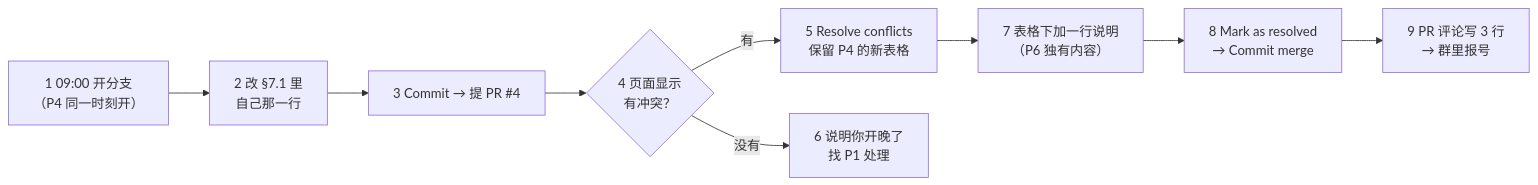
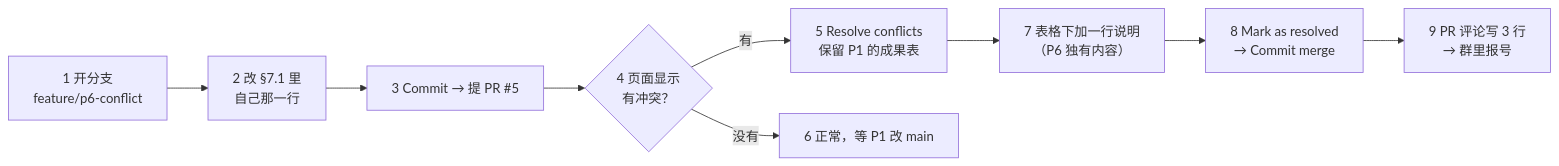
One commit to NULLFALSE-tech/Algorithm-graph changed the diagram in docs/组员任务卡_2026-11-21/P6_焦名远_任务卡.md. Above: the diagram before and after it, drawn with Mermaid. The commit also changed other lines of this file, not shown here.

````diff
--- a/docs/组员任务卡_2026-11-21/P6_焦名远_任务卡.md
+++ b/docs/组员任务卡_2026-11-21/P6_焦名远_任务卡.md
@@ -17,11 +17,11 @@
 ```mermaid
 flowchart LR
-    A["1 09:00 开分支<br/>（P4 同一时刻开）"] --> B["2 改 §7.1 里<br/>自己那一行"]
-    B --> C["3 Commit → 提 PR #4"]
+    A["1 开分支<br/>feature/p6-conflict"] --> B["2 改 §7.1 里<br/>自己那一行"]
+    B --> C["3 Commit → 提 PR #5"]
     C --> D{"4 页面显示<br/>有冲突？"}
-    D -->|有| E["5 Resolve conflicts<br/>保留 P4 的新表格"]
-    D -->|没有| F["6 说明你开晚了<br/>找 P1 处理"]
+    D -->|有| E["5 Resolve conflicts<br/>保留 P1 的成果表"]
+    D -->|没有| F["6 正常，等 P1 改 main"]
     E --> G["7 表格下加一行说明<br/>（P6 独有内容）"]
     G --> H["8 Mark as resolved<br/>→ Commit merge"]
     H --> I["9 PR 评论写 3 行<br/>→ 群里报号"]
 ```
````
